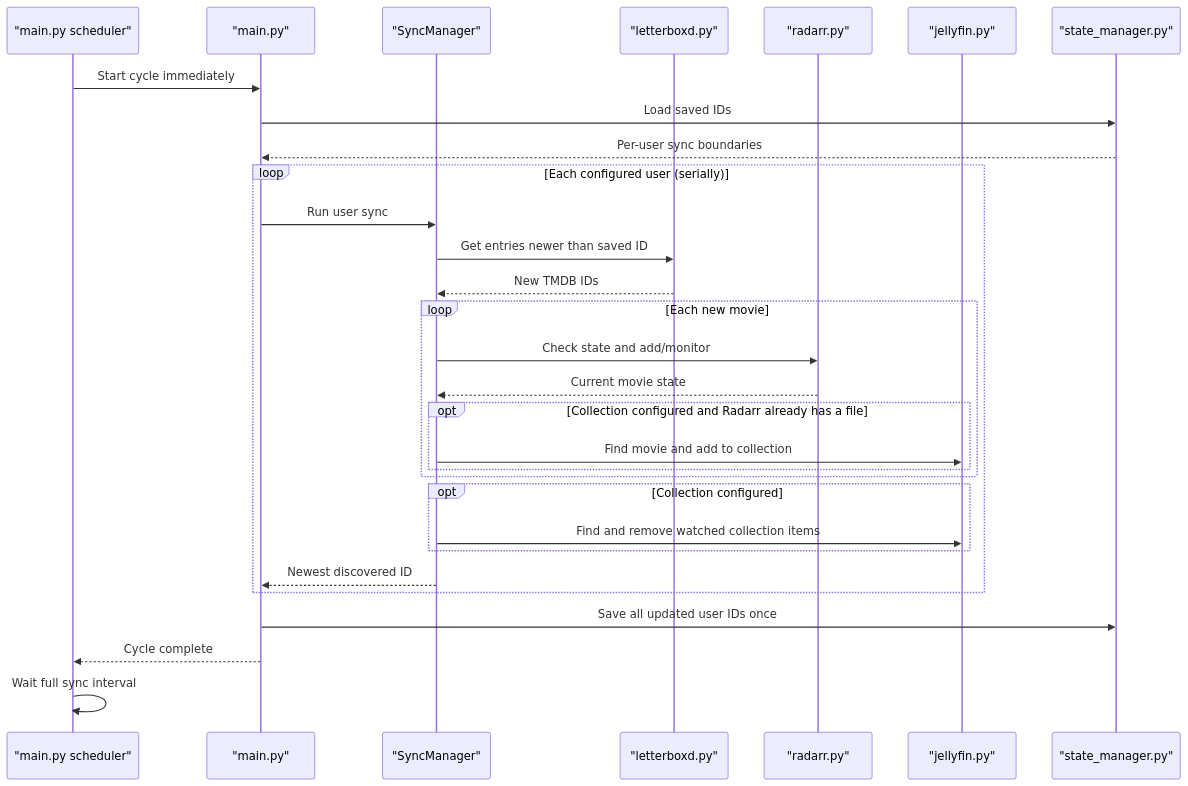
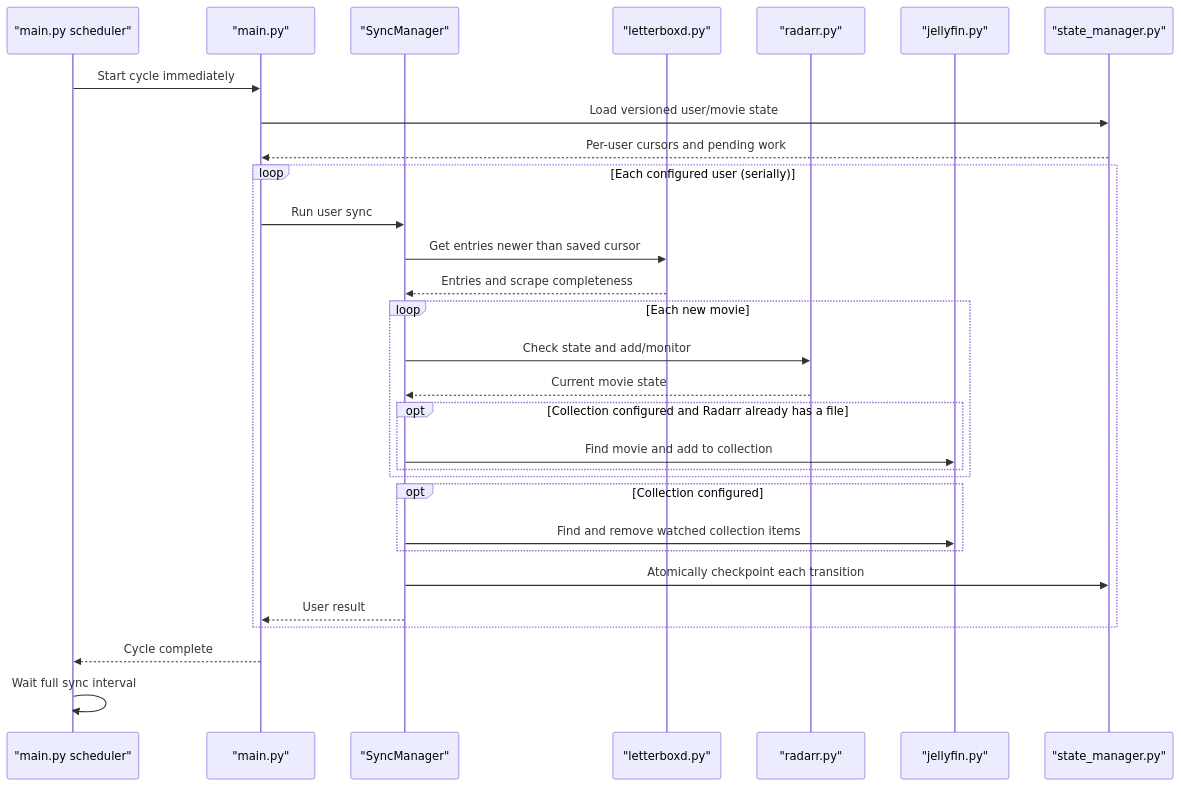
The diagram in README.md (MathisVerstrepen/letterboxd-jellyfin), drawn with Mermaid before and after one commit. The commit also changed other lines of this file and 9 other files, not shown here.

````diff
--- a/README.md
+++ b/README.md
@@ -46,37 +46,37 @@
 ```mermaid
 sequenceDiagram
     participant Scheduler as "main.py scheduler"
     participant Main as "main.py"
     participant SyncManager as "SyncManager"
     participant Letterboxd as "letterboxd.py"
     participant Radarr as "radarr.py"
     participant Jellyfin as "jellyfin.py"
     participant State as "state_manager.py"
 
     Scheduler->>Main: Start cycle immediately
-    Main->>State: Load saved IDs
-    State-->>Main: Per-user sync boundaries
+    Main->>State: Load versioned user/movie state
+    State-->>Main: Per-user cursors and pending work
 
     loop Each configured user (serially)
         Main->>SyncManager: Run user sync
-        SyncManager->>Letterboxd: Get entries newer than saved ID
-        Letterboxd-->>SyncManager: New TMDB IDs
+        SyncManager->>Letterboxd: Get entries newer than saved cursor
+        Letterboxd-->>SyncManager: Entries and scrape completeness
 
         loop Each new movie
             SyncManager->>Radarr: Check state and add/monitor
             Radarr-->>SyncManager: Current movie state
             opt Collection configured and Radarr already has a file
                 SyncManager->>Jellyfin: Find movie and add to collection
             end
         end
 
         opt Collection configured
             SyncManager->>Jellyfin: Find and remove watched collection items
         end
-        SyncManager-->>Main: Newest discovered ID
+        SyncManager->>State: Atomically checkpoint each transition
+        SyncManager-->>Main: User result
     end
 
-    Main->>State: Save all updated user IDs once
     Main-->>Scheduler: Cycle complete
     Scheduler->>Scheduler: Wait full sync interval
 ```
````
